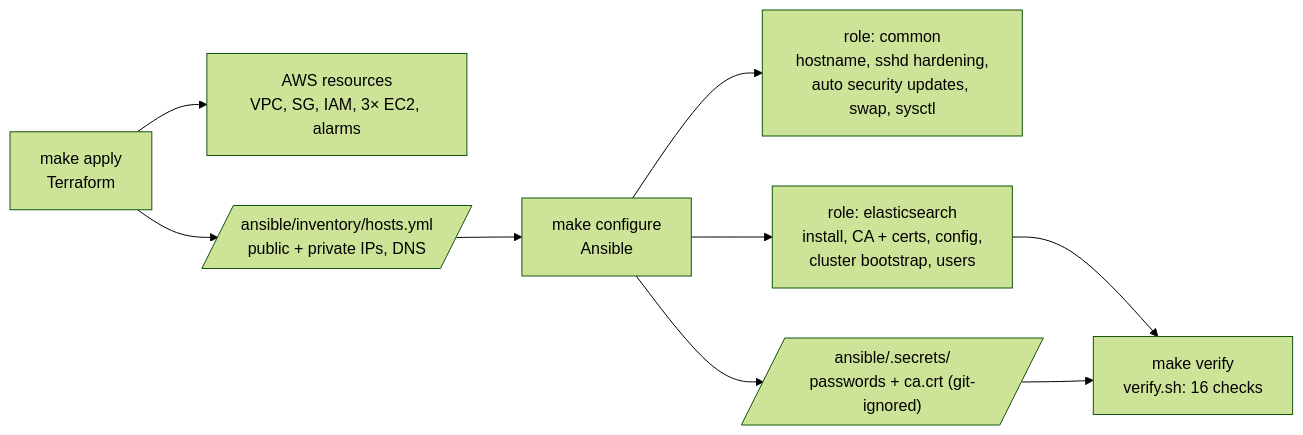
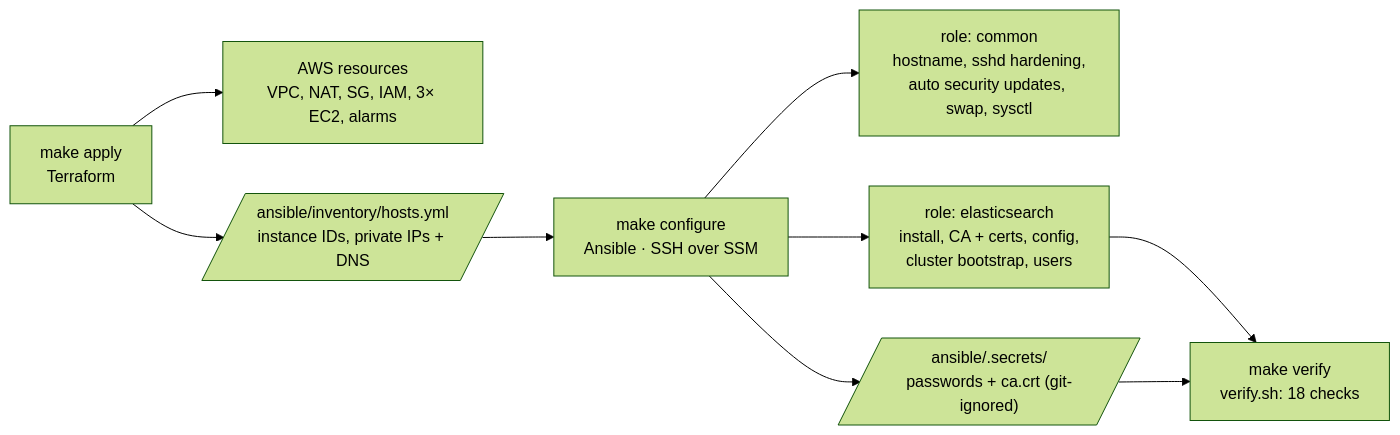
Before and after one commit to mxibrahim/dktest: the second of 3 diagrams in README.md, drawn with Mermaid (forest theme). The commit also changed other lines of this file and 21 other files, not shown here.

First line of the commit message:
Move nodes to private subnets with NAT and SSM-only access

````diff
--- a/README.md
+++ b/README.md
@@ -70,11 +78,11 @@
 ```mermaid
 flowchart LR
-  tf["make apply<br/>Terraform"] --> aws["AWS resources<br/>VPC, SG, IAM, 3× EC2, alarms"]
-  tf --> inv[/"ansible/inventory/hosts.yml<br/>public + private IPs, DNS"/]
-  inv --> an["make configure<br/>Ansible"]
+  tf["make apply<br/>Terraform"] --> aws["AWS resources<br/>VPC, NAT, SG, IAM, 3× EC2, alarms"]
+  tf --> inv[/"ansible/inventory/hosts.yml<br/>instance IDs, private IPs + DNS"/]
+  inv --> an["make configure<br/>Ansible · SSH over SSM"]
   an --> common["role: common<br/>hostname, sshd hardening,<br/>auto security updates, swap, sysctl"]
   an --> es["role: elasticsearch<br/>install, CA + certs, config,<br/>cluster bootstrap, users"]
   an --> sec[/"ansible/.secrets/<br/>passwords + ca.crt (git-ignored)"/]
-  es --> vf["make verify<br/>verify.sh: 16 checks"]
+  es --> vf["make verify<br/>verify.sh: 18 checks"]
   sec --> vf
 ```
````
